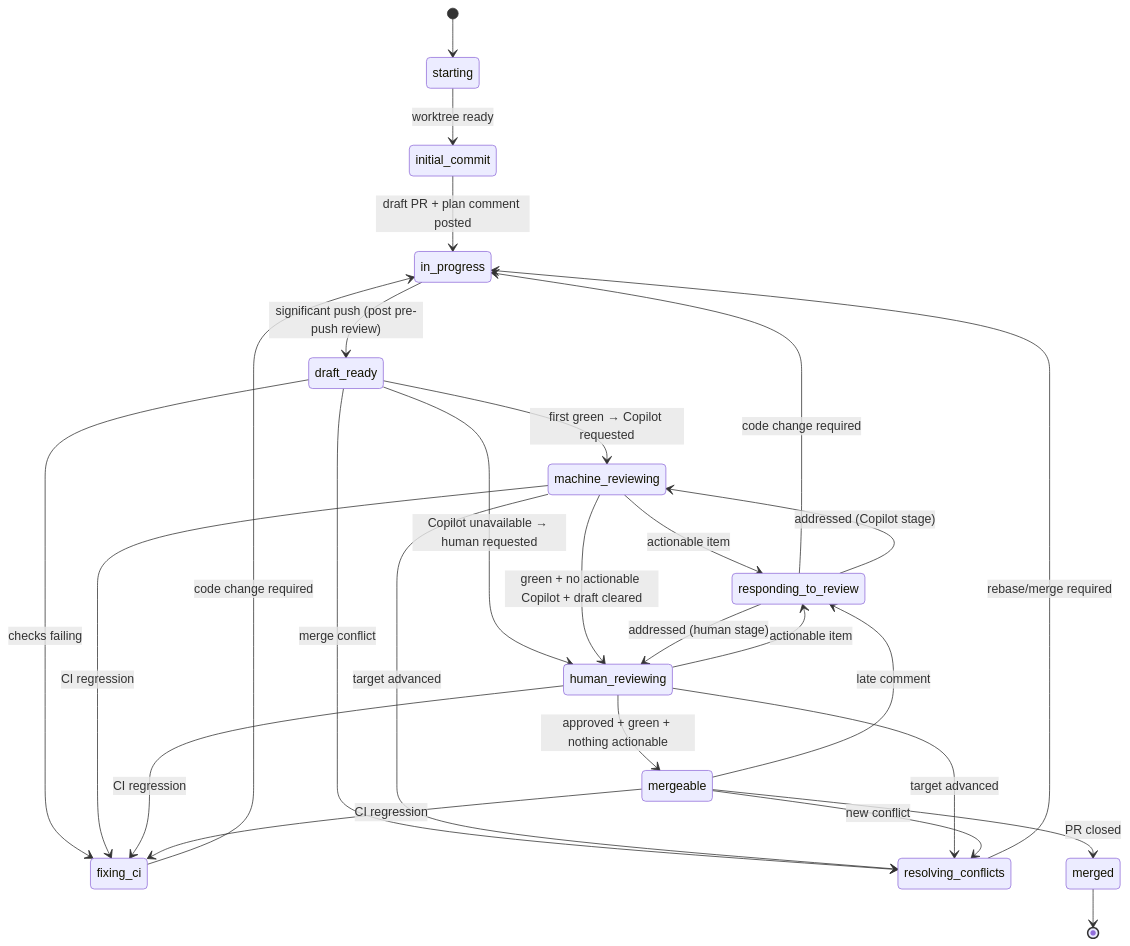
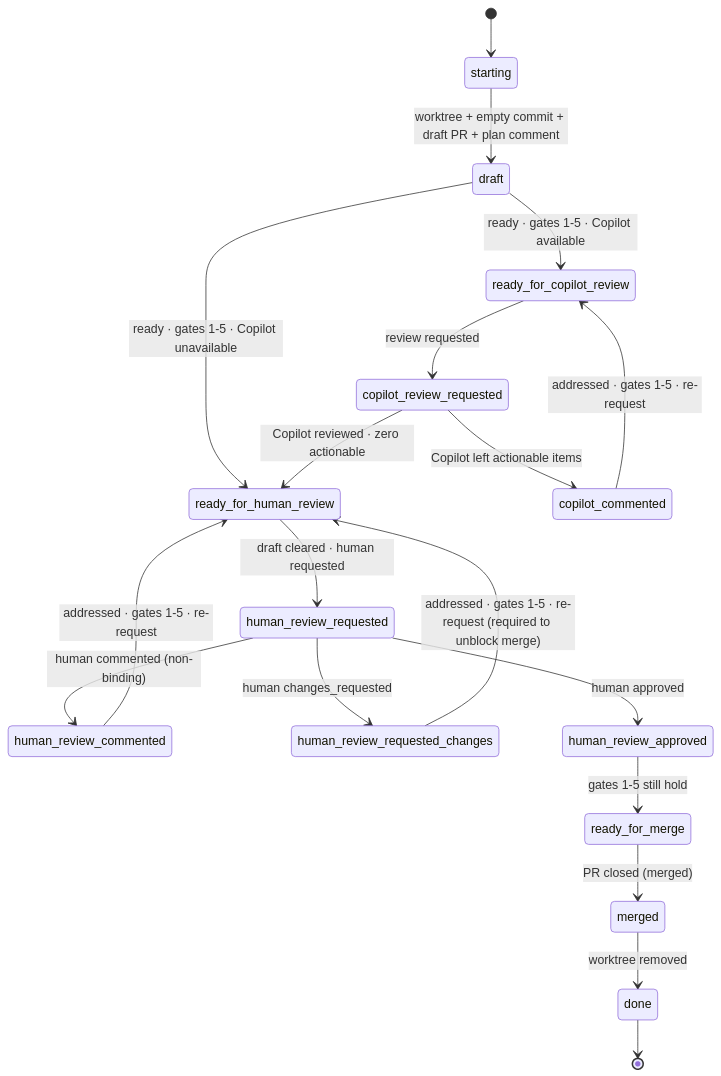
Before and after one commit to ianwremmel/agentic: the diagram in plugins/dispatch/skills/deliver/SKILL.md, drawn with Mermaid. The commit also changed other lines of this file and 1 other file, not shown here.

````diff
--- a/plugins/dispatch/skills/deliver/SKILL.md
+++ b/plugins/dispatch/skills/deliver/SKILL.md
@@ -21,36 +34,33 @@
 ```mermaid
 stateDiagram-v2
     [*] --> starting
-    starting --> initial_commit: worktree ready
-    initial_commit --> in_progress: draft PR + plan comment posted
-    in_progress --> draft_ready: significant push (post pre-push review)
 
-    draft_ready --> fixing_ci: checks failing
-    draft_ready --> resolving_conflicts: merge conflict
-    draft_ready --> machine_reviewing: first green → Copilot requested
-    draft_ready --> human_reviewing: Copilot unavailable → human requested
+    starting --> draft: worktree + empty commit + draft PR + plan comment
 
-    machine_reviewing --> responding_to_review: actionable item
-    machine_reviewing --> human_reviewing: green + no actionable Copilot + draft cleared
-    machine_reviewing --> fixing_ci: CI regression
-    machine_reviewing --> resolving_conflicts: target advanced
+    draft --> ready_for_copilot_review: ready · gates 1-5 · Copilot available
+    draft --> ready_for_human_review: ready · gates 1-5 · Copilot unavailable
 
-    human_reviewing --> responding_to_review: actionable item
-    human_reviewing --> mergeable: approved + green + nothing actionable
-    human_reviewing --> fixing_ci: CI regression
-    human_reviewing --> resolving_conflicts: target advanced
+    ready_for_copilot_review --> copilot_review_requested: review requested
 
-    responding_to_review --> in_progress: code change required
-    responding_to_review --> machine_reviewing: addressed (Copilot stage)
-    responding_to_review --> human_reviewing: addressed (human stage)
+    copilot_review_requested --> copilot_commented: Copilot left actionable items
+    copilot_review_requested --> ready_for_human_review: Copilot reviewed · zero actionable
 
-    fixing_ci --> in_progress: code change required
-    resolving_conflicts --> in_progress: rebase/merge required
+    copilot_commented --> ready_for_copilot_review: addressed · gates 1-5 · re-request
 
-    mergeable --> fixing_ci: CI regression
-    mergeable --> resolving_conflicts: new conflict
-    mergeable --> responding_to_review: late comment
-    mergeable --> merged: PR closed
+    ready_for_human_review --> human_review_requested: draft cleared · human requested
 
-    merged --> [*]
+    human_review_requested --> human_review_commented: human commented (non-binding)
+    human_review_requested --> human_review_requested_changes: human changes_requested
+    human_review_requested --> human_review_approved: human approved
+
+    human_review_commented --> ready_for_human_review: addressed · gates 1-5 · re-request
+    human_review_requested_changes --> ready_for_human_review: addressed · gates 1-5 · re-request (required to unblock merge)
+
+    human_review_approved --> ready_for_merge: gates 1-5 still hold
+
+    ready_for_merge --> merged: PR closed (merged)
+
+    merged --> done: worktree removed
+
+    done --> [*]
 ```
````
